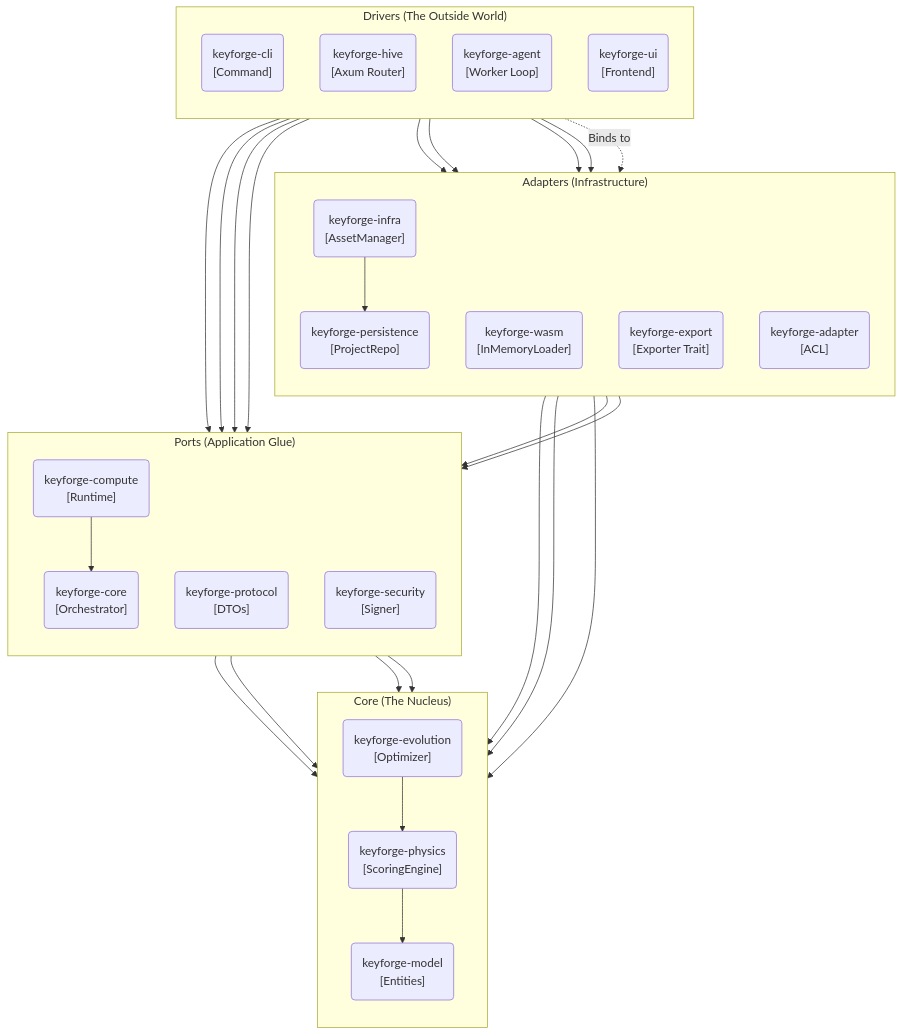
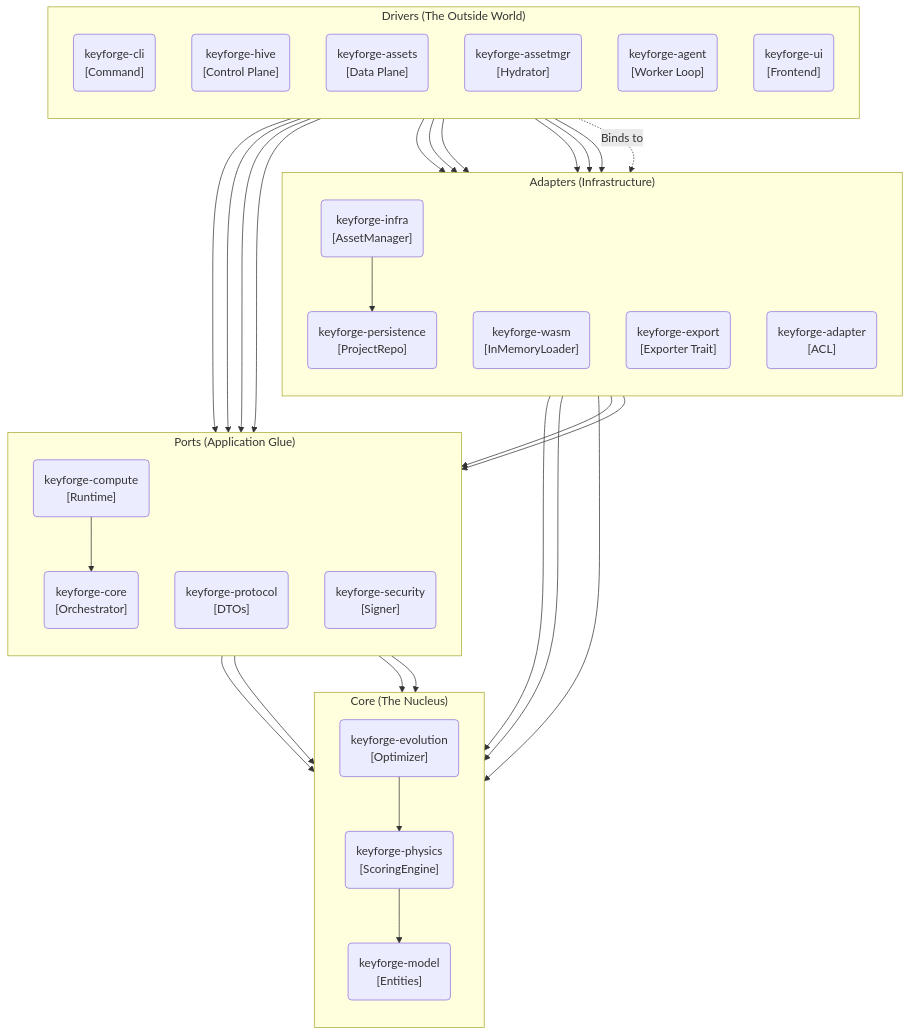
Before and after one commit to infodungeon/keyforge: the diagram in docs/design/ARCHITECTURE_MAP.md, drawn with Mermaid. The commit also changed other lines of this file and 49 other files, not shown here.

```diff
--- a/docs/design/ARCHITECTURE_MAP.md
+++ b/docs/design/ARCHITECTURE_MAP.md
@@ -9,7 +9,9 @@
     subgraph Drivers ["Drivers (The Outside World)"]
         direction TB
         CLI("keyforge-cli<br/>[Command]")
-        Hive("keyforge-hive<br/>[Axum Router]")
+        Hive("keyforge-hive<br/>[Control Plane]")
+        Assets("keyforge-assets<br/>[Data Plane]")
+        AssetMgr("keyforge-assetmgr<br/>[Hydrator]")
         Agent("keyforge-agent<br/>[Worker Loop]")
         UI("keyforge-ui<br/>[Frontend]")
     end
@@ -46,9 +48,14 @@
     %% Drivers use Adapters & Ports
     CLI --> Compute
     CLI --> Infra
+    
     Hive --> Infra
     Hive --> Proto
     Hive --> Adapt
+    
+    Assets --> Infra
+    AssetMgr --> Infra
+    
     Agent --> Infra
     Agent --> Proto
     Agent --> Sec
@@ -77,6 +84,8 @@
     %% Drivers
     click CLI href "./keyforge-cli/README.md" "Open CLI Design"
     click Hive href "./keyforge-hive/README.md" "Open Hive Design"
+    click Assets href "./keyforge-assets/README.md" "Open Asset Server Design"
+    click AssetMgr href "./keyforge-assetmgr/README.md" "Open Asset Manager Design"
     click Agent href "./keyforge-agent/README.md" "Open Agent Design"
     
     %% Adapters
```
